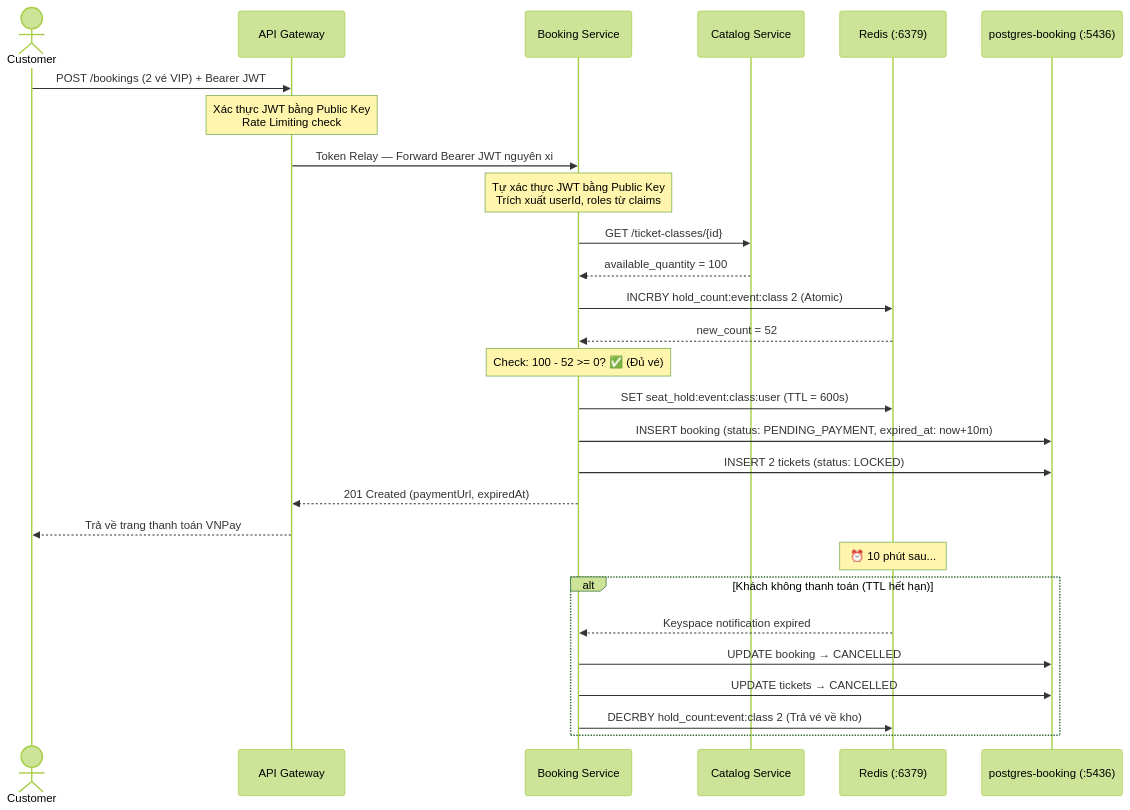
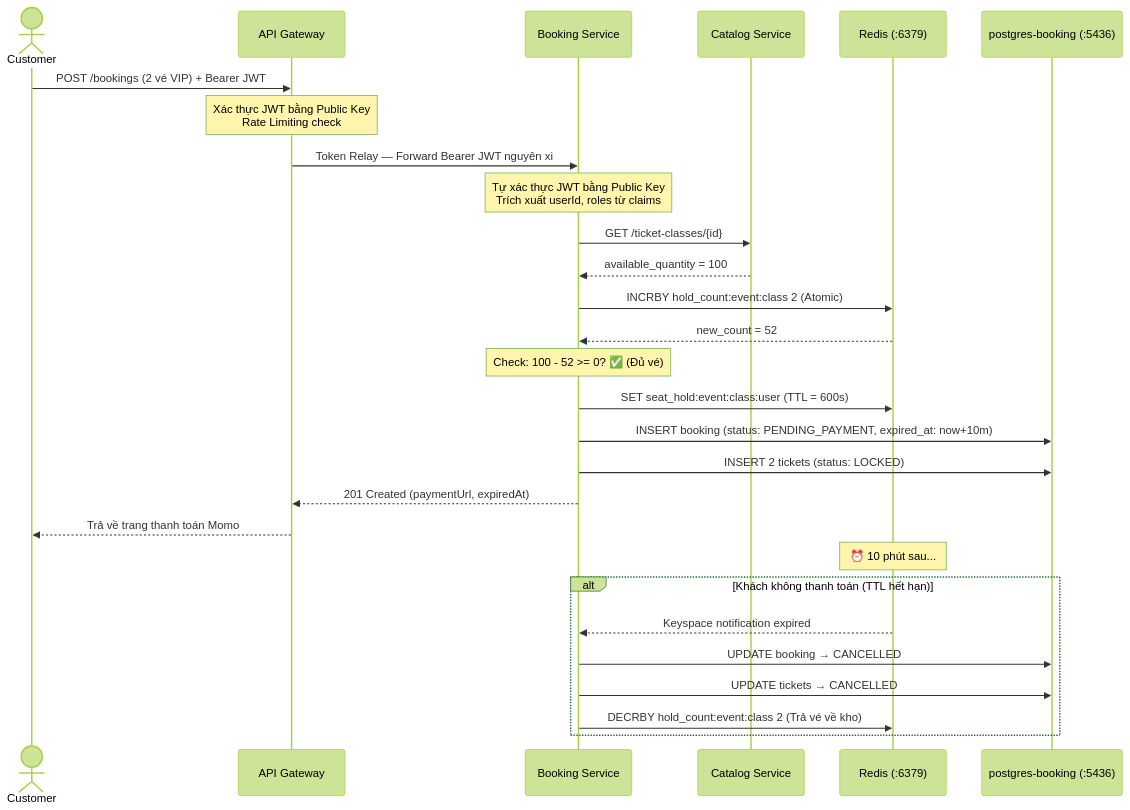
The second of 9 diagrams in docs/architecture-diagrams.md (dangngockhieu/TicketBooking), drawn with Mermaid (forest theme) before and after one commit. The commit also changed other lines of this file and 30 other files, not shown here.

````diff
--- a/docs/architecture-diagrams.md
+++ b/docs/architecture-diagrams.md
@@ -132,39 +132,39 @@
 ```mermaid
 sequenceDiagram
     actor Customer
     participant GW as API Gateway
     participant BS as Booking Service
     participant CS as Catalog Service
     participant Redis as Redis (:6379)
     participant DB as postgres-booking (:5436)
 
     Customer->>GW: POST /bookings (2 vé VIP) + Bearer JWT
     Note over GW: Xác thực JWT bằng Public Key<br/>Rate Limiting check
     GW->>BS: Token Relay — Forward Bearer JWT nguyên xi
 
     Note over BS: Tự xác thực JWT bằng Public Key<br/>Trích xuất userId, roles từ claims
 
     BS->>CS: GET /ticket-classes/{id}
     CS-->>BS: available_quantity = 100
 
     BS->>Redis: INCRBY hold_count:event:class 2 (Atomic)
     Redis-->>BS: new_count = 52
 
     Note over BS: Check: 100 - 52 >= 0? ✅ (Đủ vé)
 
     BS->>Redis: SET seat_hold:event:class:user (TTL = 600s)
     BS->>DB: INSERT booking (status: PENDING_PAYMENT, expired_at: now+10m)
     BS->>DB: INSERT 2 tickets (status: LOCKED)
 
     BS-->>GW: 201 Created (paymentUrl, expiredAt)
-    GW-->>Customer: Trả về trang thanh toán VNPay
+    GW-->>Customer: Trả về trang thanh toán Momo
 
     Note over Redis: ⏰ 10 phút sau...
     
     alt Khách không thanh toán (TTL hết hạn)
         Redis-->>BS: Keyspace notification expired
         BS->>DB: UPDATE booking → CANCELLED
         BS->>DB: UPDATE tickets → CANCELLED
         BS->>Redis: DECRBY hold_count:event:class 2 (Trả vé về kho)
     end
 ```
````
